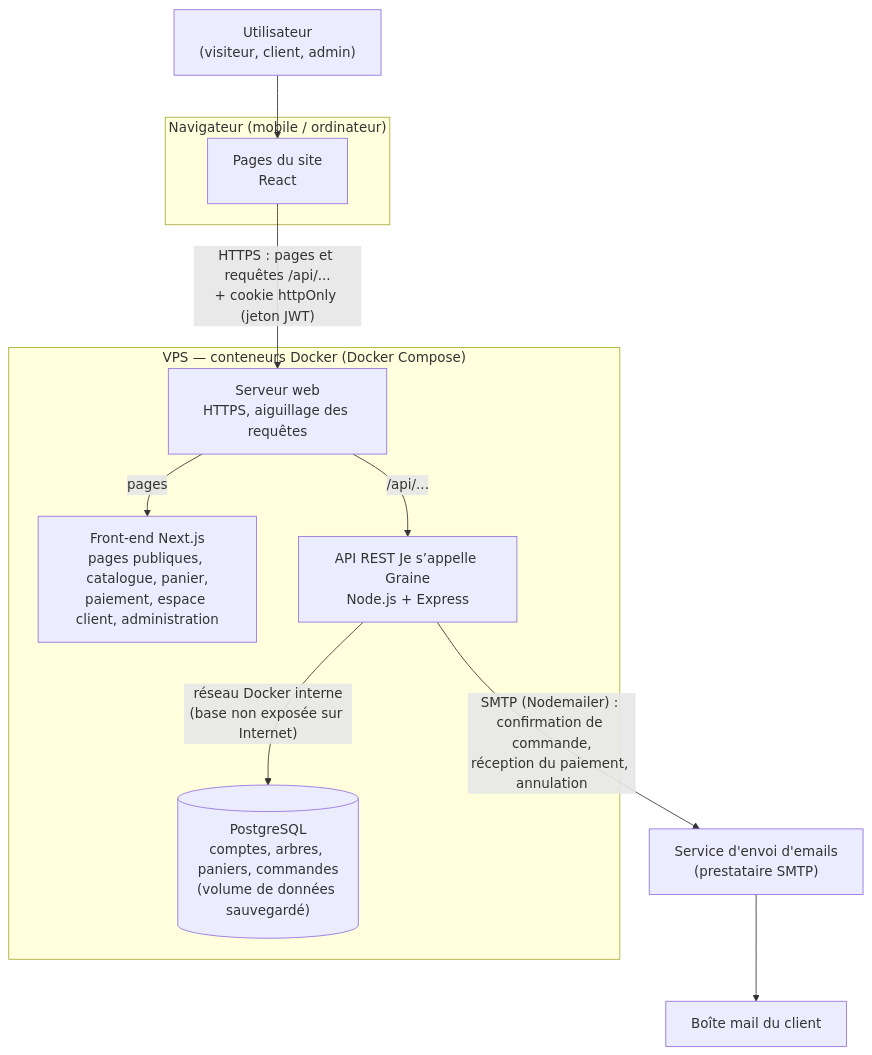
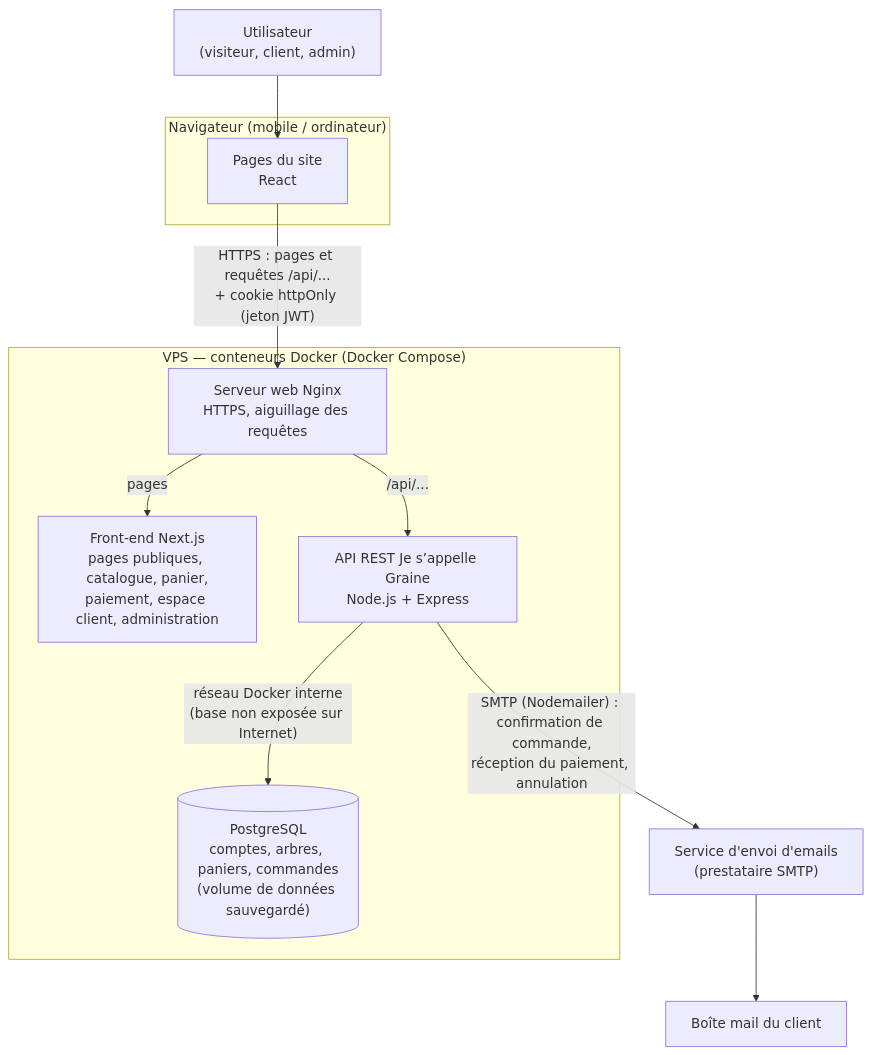
Before and after one commit to DimitryDereppe/je-s-appelle-graine: the first of 3 diagrams in docs/conception/diagrammes/01-architecture.md, drawn with Mermaid. The commit also changed other lines of this file and 5 other files, not shown here.

Commit message:
docs: Nginx retenu, sécurité de la connexion (mot de passe 12 caractères, CSRF), limitation des tentatives en évolution

````diff
--- a/docs/conception/diagrammes/01-architecture.md
+++ b/docs/conception/diagrammes/01-architecture.md
@@ -13,26 +13,26 @@
 ```mermaid
 flowchart TB
     U["Utilisateur<br/>(visiteur, client, admin)"]
 
     subgraph NAV["Navigateur (mobile / ordinateur)"]
         P["Pages du site<br/>React"]
     end
 
     subgraph VPS["VPS — conteneurs Docker (Docker Compose)"]
-        W["Serveur web<br/>HTTPS, aiguillage des requêtes"]
+        W["Serveur web Nginx<br/>HTTPS, aiguillage des requêtes"]
         F["Front-end Next.js<br/>pages publiques, catalogue, panier,<br/>paiement, espace client, administration"]
         API["API REST Je s’appelle Graine<br/>Node.js + Express"]
         DB[("PostgreSQL<br/>comptes, arbres, paniers, commandes<br/>(volume de données sauvegardé)")]
     end
 
     MAIL["Service d'envoi d'emails<br/>(prestataire SMTP)"]
     BOX["Boîte mail du client"]
 
     U --> P
     P -- "HTTPS : pages et requêtes /api/...<br/>+ cookie httpOnly (jeton JWT)" --> W
     W -- "pages" --> F
     W -- "/api/..." --> API
     API -- "réseau Docker interne<br/>(base non exposée sur Internet)" --> DB
     API -- "SMTP (Nodemailer) : confirmation de commande,<br/>réception du paiement, annulation" --> MAIL
     MAIL --> BOX
 ```
````
